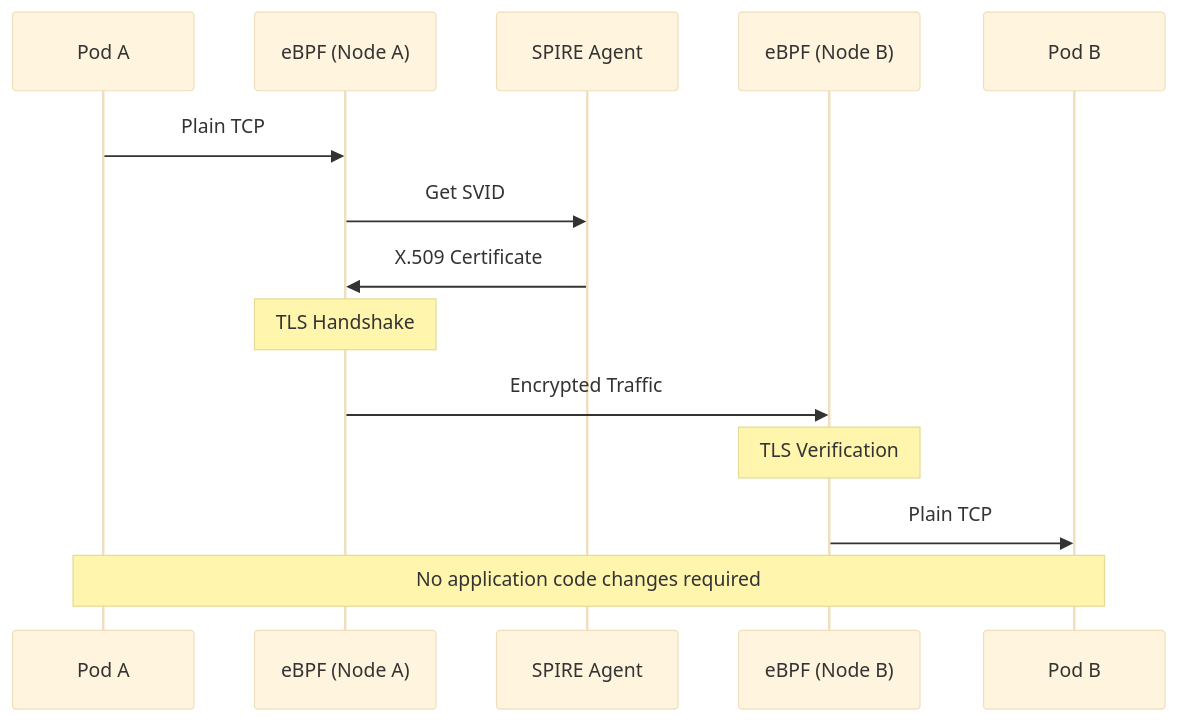
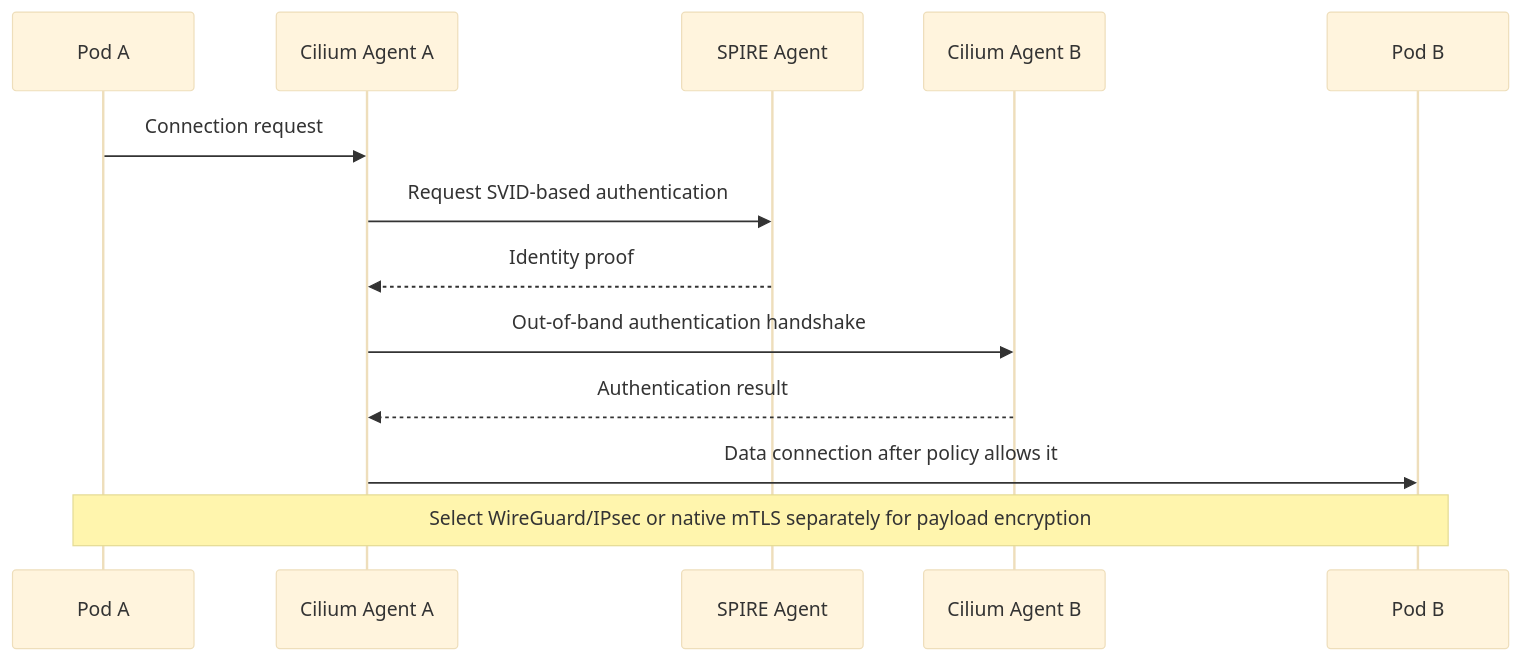
One commit to Atom-oh/kubernetes-docs changed the second of 5 diagrams in en/service-mesh/cilium-service-mesh/03-security.md. Above: the diagram before and after it, drawn with Mermaid (base theme). The commit also changed other lines of this file and 11 other files, not shown here.

````diff
--- a/en/service-mesh/cilium-service-mesh/03-security.md
+++ b/en/service-mesh/cilium-service-mesh/03-security.md
@@ -49,18 +42,16 @@
 ```mermaid
 sequenceDiagram
     participant PodA as Pod A
-    participant eBPFA as eBPF (Node A)
+    participant CiliumA as Cilium Agent A
     participant SPIRE as SPIRE Agent
-    participant eBPFB as eBPF (Node B)
+    participant CiliumB as Cilium Agent B
     participant PodB as Pod B
 
-    PodA->>eBPFA: Plain TCP
-    eBPFA->>SPIRE: Get SVID
-    SPIRE->>eBPFA: X.509 Certificate
-    Note over eBPFA: TLS Handshake
-    eBPFA->>eBPFB: Encrypted Traffic
-    Note over eBPFB: TLS Verification
-    eBPFB->>PodB: Plain TCP
-
-    Note over PodA,PodB: No application code changes required
+    PodA->>CiliumA: Connection request
+    CiliumA->>SPIRE: Request SVID-based authentication
+    SPIRE-->>CiliumA: Identity proof
+    CiliumA->>CiliumB: Out-of-band authentication handshake
+    CiliumB-->>CiliumA: Authentication result
+    CiliumA->>PodB: Data connection after policy allows it
+    Note over PodA,PodB: Select WireGuard/IPsec or native mTLS separately for payload encryption
 ```
````
